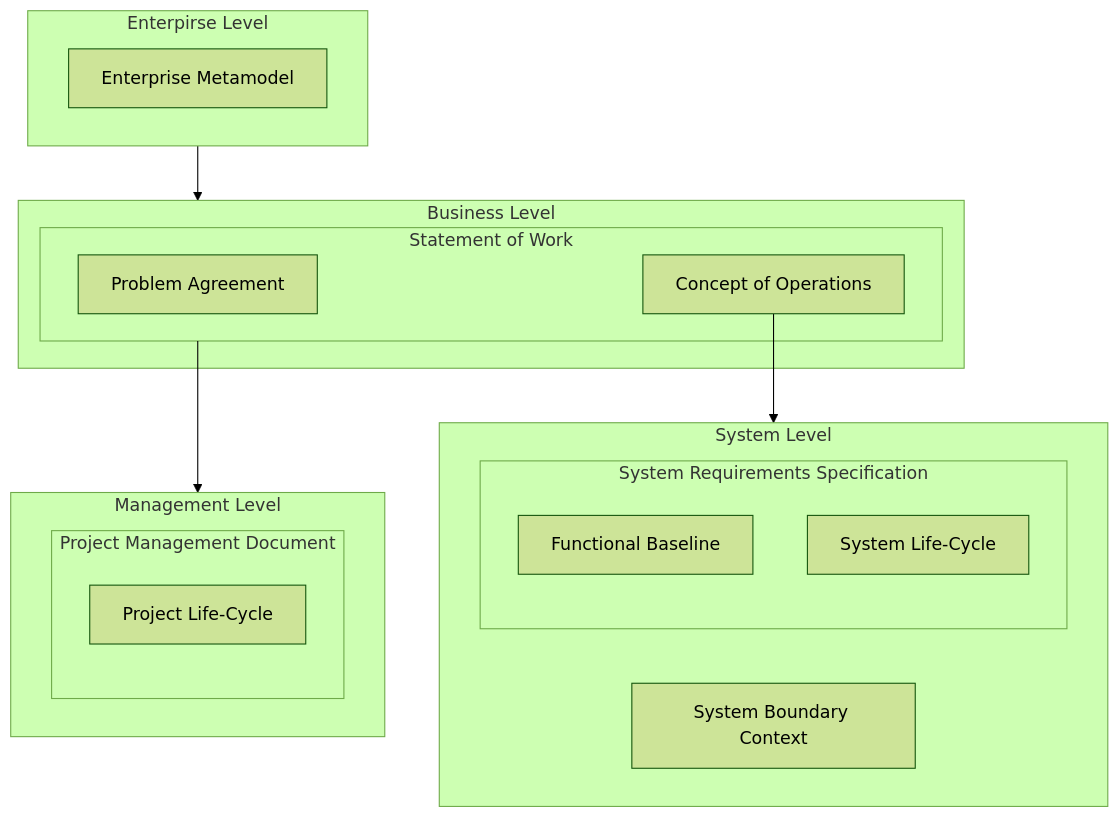
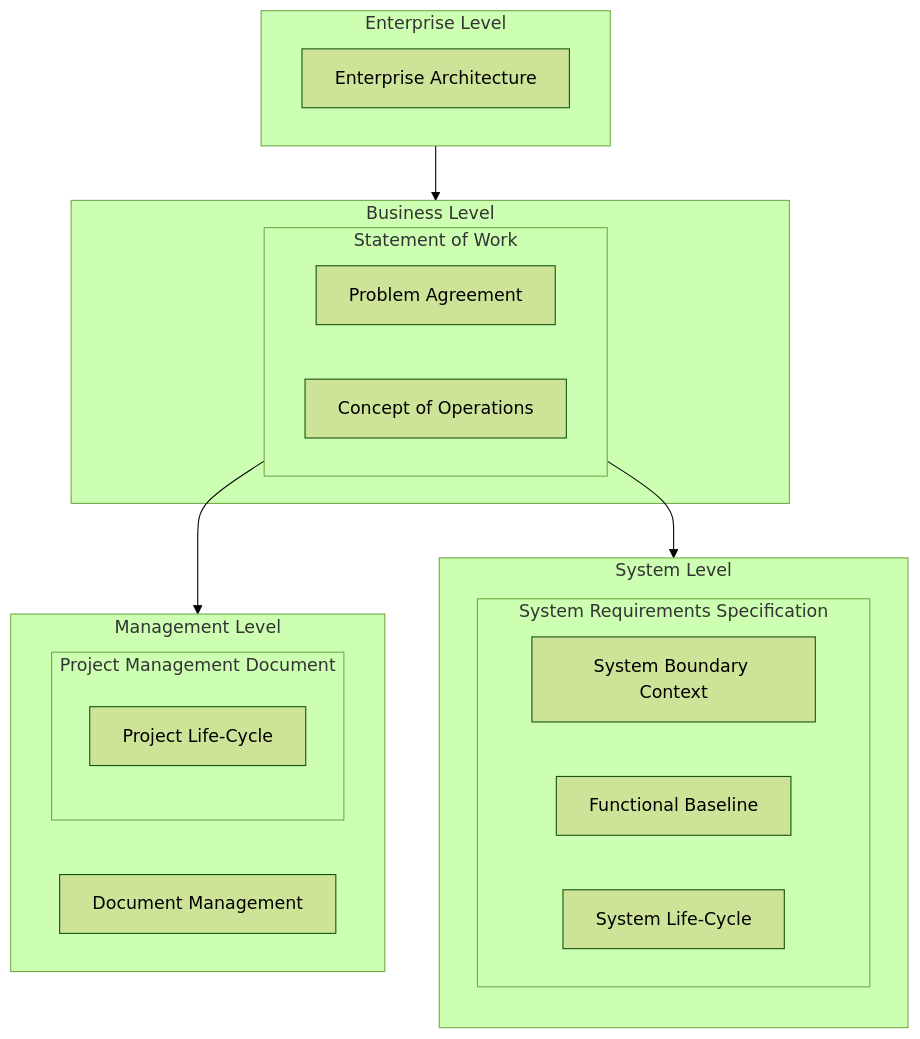
Before and after one commit to alvaro-osvaldo-tm/markdown-repository: the diagram in documents/documentation/Systems Engineering Documentation.md, drawn with Mermaid (forest theme). The commit also changed other lines of this file and 5 other files, not shown here.

````diff
--- a/documents/documentation/Systems Engineering Documentation.md
+++ b/documents/documentation/Systems Engineering Documentation.md
@@ -9,45 +9,46 @@
 ```mermaid
 
 
 flowchart 
-direction TB
 
-subgraph EnterpirseLevel["Enterpirse Level"]
-	EnterpriseMetamodel["Enterprise Metamodel"]
+subgraph EnterpriseLevel["Enterprise Level"]
+	EnterpriseArchitecure["Enterprise  Architecture"]
 end
 
 subgraph BusinessLevel["Business Level"]
 
 	subgraph StatementOfWork["Statement of Work"]
 		ProblemAgreement["Problem Agreement"]	
 		ConceptOfOperations["Concept of Operations"]
 	end
 	
 end
 
 subgraph ManagementLevel["Management Level"]
 	subgraph ProjectManagementDocument["Project Management Document"]
 	   ProjectLifeCycle["Project Life-Cycle"]
 	end
+	DocumentManagement["Document Management"]
 end
 
 subgraph SystemLevel["System Level"]
-
-SystemBoundaryContext["System Boundary Context"]
+direction TB
 	
-
-	subgraph SystemRequirementsSpecification["System Requirements Specification"]
-	
+		subgraph SystemRequirementsSpecification["System Requirements Specification"]
+				
+		SystemBoundaryContext["System Boundary Context"]
 		FunctionalBaseline["Functional Baseline"]		
 		SystemLifeCycle["System Life-Cycle"]
 	end
+
 	
 
 end
 
-EnterpirseLevel --> BusinessLevel
 
+EnterpriseLevel --> BusinessLevel
 StatementOfWork --> ManagementLevel
-ConceptOfOperations --> SystemLevel
+
+StatementOfWork --> SystemLevel
 
 ```
````
